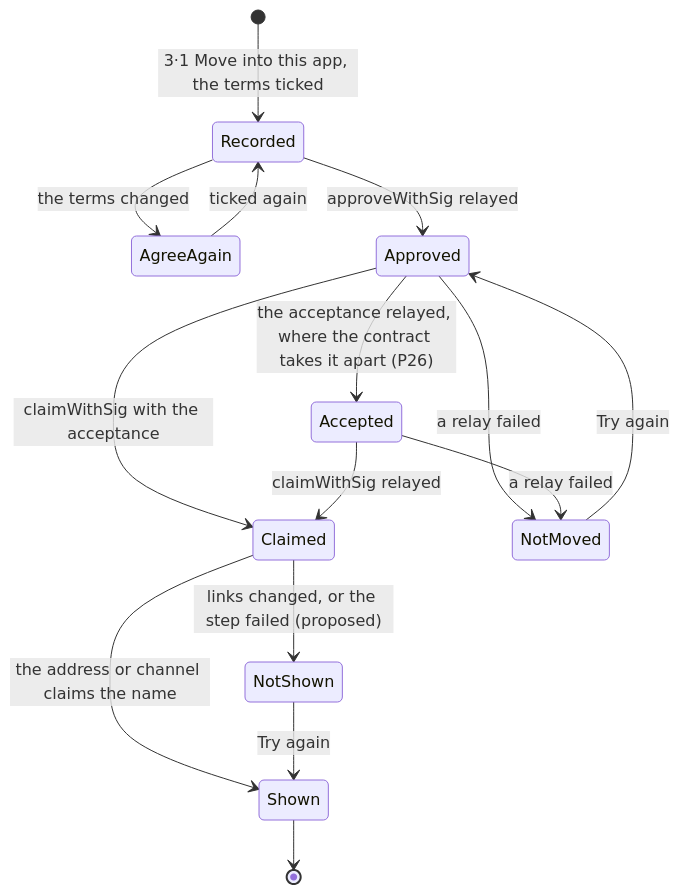
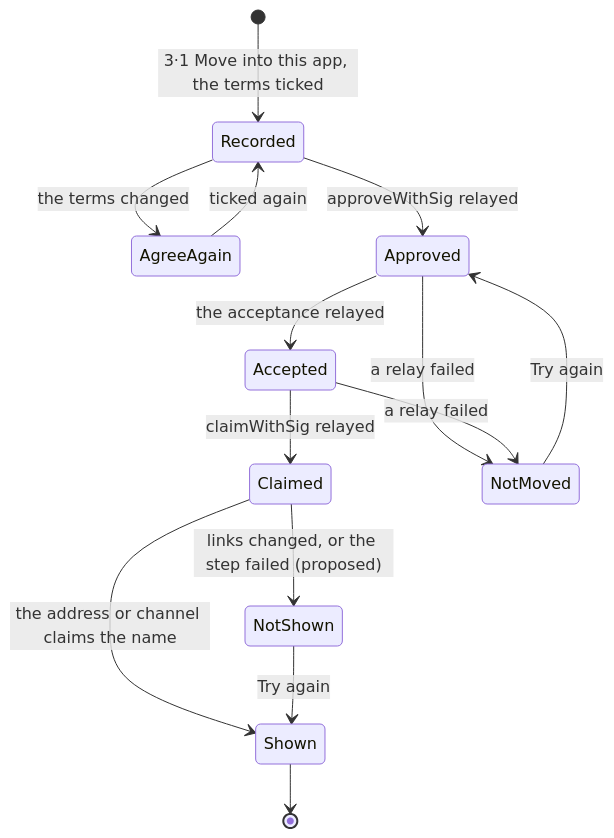
Before and after one commit to simplex-chat/simplex-chat: the seventh of 11 diagrams in plans/2026-10-30-names-in-app-purchases.md, drawn with Mermaid. The commit also changed other lines of this file, not shown here.

````diff
--- a/plans/2026-10-30-names-in-app-purchases.md
+++ b/plans/2026-10-30-names-in-app-purchases.md
@@ -955,17 +973,16 @@
 ```mermaid
 stateDiagram-v2
   [*] --> Recorded: 3·1 Move into this app, the terms ticked
   Recorded --> AgreeAgain: the terms changed
   AgreeAgain --> Recorded: ticked again
   Recorded --> Approved: approveWithSig relayed
-  Approved --> Accepted: the acceptance relayed, where the contract takes it apart (P26)
-  Approved --> Claimed: claimWithSig with the acceptance
+  Approved --> Accepted: the acceptance relayed
   Accepted --> Claimed: claimWithSig relayed
   Approved --> NotMoved: a relay failed
   Accepted --> NotMoved: a relay failed
   NotMoved --> Approved: Try again
   Claimed --> Shown: the address or channel claims the name
   Claimed --> NotShown: links changed, or the step failed (proposed)
   NotShown --> Shown: Try again
   Shown --> [*]
 ```
````
